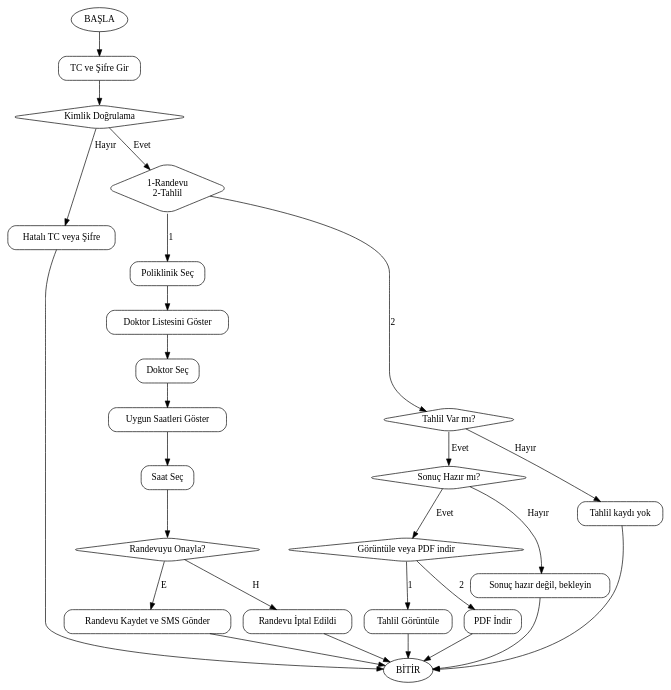
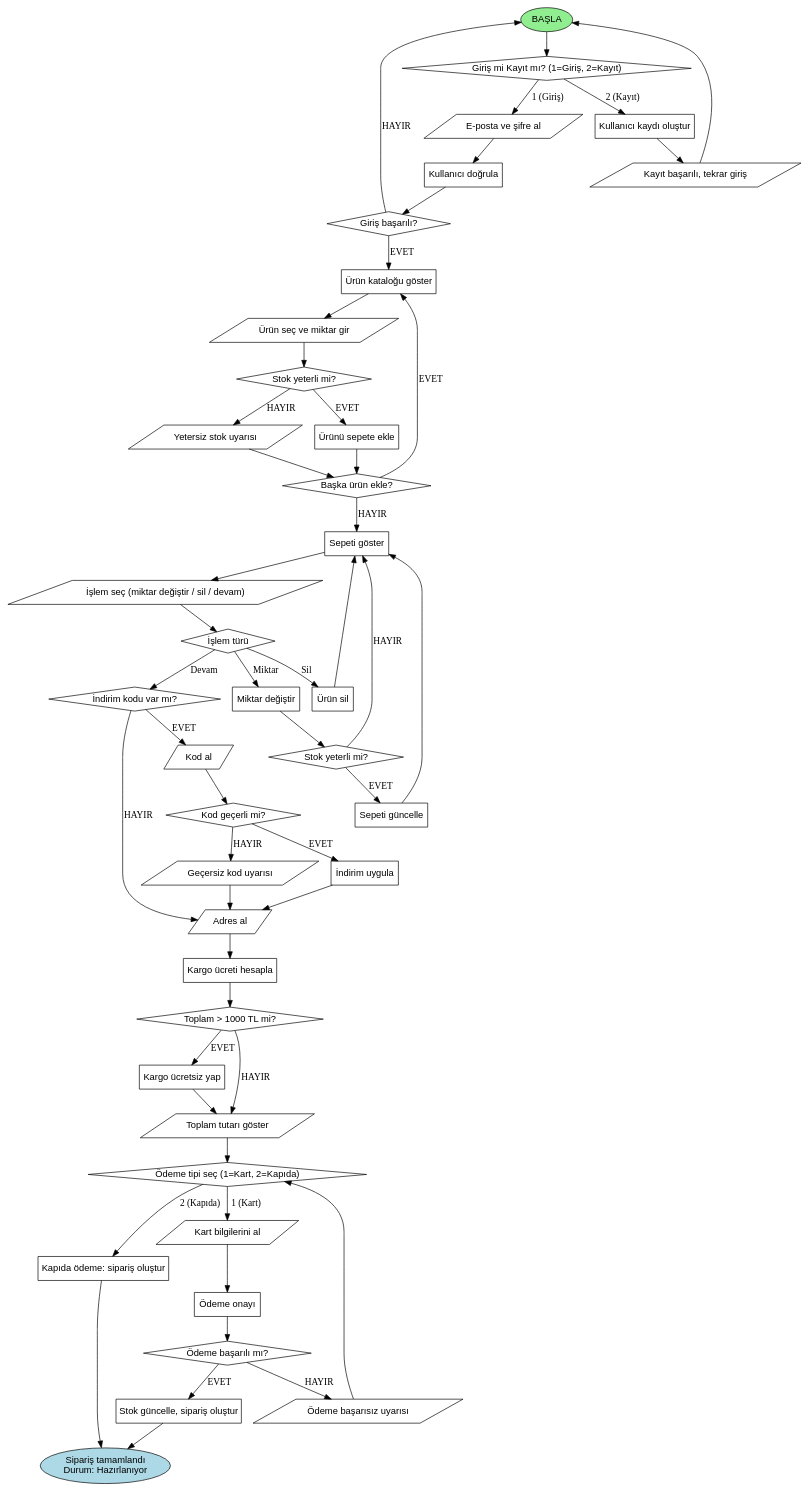
Before and after one commit to FiratUniversity-FerhatUcarsLAB/hafta-02-flowcharts-ezgiefsa: the diagram in TASK-2/flowcharts.dot, drawn with Graphviz.

```diff
--- a/TASK-2/flowcharts.dot
+++ b/TASK-2/flowcharts.dot
@@ -1,63 +1,119 @@
-digraph HastaneEntegreSistemi {
+
+
+digraph E_Ticaret_Sistemi {
     rankdir=TB;
-    node [shape=box, style=rounded];
+    node [fontname="Arial"];
 
-    BAŞLA [label="BAŞLA", shape=oval];
-    KIMLIK [label="TC ve Şifre Gir"];
-    KIMLIK_KONTROL [label="Kimlik Doğrulama", shape=diamond];
-    HATALI [label="Hatalı TC veya Şifre", shape=box];
-    ISLEM_SECIM [label="1-Randevu\n2-Tahlil", shape=diamond];
+    basla [label="BAŞLA", shape=oval, style=filled, fillcolor=lightgreen];
 
-    // Randevu adımları
-    POLIKLINIK_SEC [label="Poliklinik Seç"];
-    DOKTOR_LISTE [label="Doktor Listesini Göster"];
-    DOKTOR_SEC [label="Doktor Seç"];
-    SAAT_GOR [label="Uygun Saatleri Göster"];
-    SAAT_SEC [label="Saat Seç"];
-    RANDEVU_ONAY [label="Randevuyu Onayla?", shape=diamond];
-    RANDEVU_KAYIT [label="Randevu Kaydet ve SMS Gönder"];
-    RANDEVU_IPTAL [label="Randevu İptal Edildi"];
+    // 1. Kullanıcı Girişi
+    g1 [label="Giriş mi Kayıt mı? (1=Giriş, 2=Kayıt)", shape=diamond];
+    g2 [label="E-posta ve şifre al", shape=parallelogram];
+    g3 [label="Kullanıcı doğrula", shape=box];
+    g4 [label="Giriş başarılı?", shape=diamond];
+    g5 [label="Kullanıcı kaydı oluştur", shape=box];
+    g6 [label="Kayıt başarılı, tekrar giriş", shape=parallelogram];
 
-    // Tahlil adımları
-    TAHLIL_VAR [label="Tahlil Var mı?", shape=diamond];
-    SONUC_HAZIR [label="Sonuç Hazır mı?", shape=diamond];
-    GORUNTULE_INDİR [label="Görüntüle veya PDF indir", shape=diamond];
-    GORUNTULE [label="Tahlil Görüntüle"];
-    PDF_INDİR [label="PDF İndir"];
-    BEKLE [label="Sonuç hazır değil, bekleyin"];
-    TAHLIL_YOK [label="Tahlil kaydı yok"];
+    // 2. Ürün Seçimi
+    u1 [label="Ürün kataloğu göster", shape=box];
+    u2 [label="Ürün seç ve miktar gir", shape=parallelogram];
+    u3 [label="Stok yeterli mi?", shape=diamond];
+    u4 [label="Ürünü sepete ekle", shape=box];
+    u5 [label="Yetersiz stok uyarısı", shape=parallelogram];
+    u6 [label="Başka ürün ekle?", shape=diamond];
 
-    BITIR [label="BİTİR", shape=oval];
+    // 3. Sepet Yönetimi
+    s1 [label="Sepeti göster", shape=box];
+    s2 [label="İşlem seç (miktar değiştir / sil / devam)", shape=parallelogram];
+    s3 [label="İşlem türü", shape=diamond];
+    s4 [label="Miktar değiştir", shape=box];
+    s5 [label="Ürün sil", shape=box];
+    s6 [label="Sepeti güncelle", shape=box];
+    s7 [label="Stok yeterli mi?", shape=diamond];
 
-    // Akış bağlantıları
-    BAŞLA -> KIMLIK;
-    KIMLIK -> KIMLIK_KONTROL;
-    KIMLIK_KONTROL -> ISLEM_SECIM [label="Evet"];
-    KIMLIK_KONTROL -> HATALI [label="Hayır"];
-    HATALI -> BITIR;
+    // 4. İndirim Kodu
+    i1 [label="İndirim kodu var mı?", shape=diamond];
+    i2 [label="Kod al", shape=parallelogram];
+    i3 [label="Kod geçerli mi?", shape=diamond];
+    i4 [label="İndirim uygula", shape=box];
+    i5 [label="Geçersiz kod uyarısı", shape=parallelogram];
 
-    // Randevu akışı
-    ISLEM_SECIM -> POLIKLINIK_SEC [label="1"];
-    POLIKLINIK_SEC -> DOKTOR_LISTE;
-    DOKTOR_LISTE -> DOKTOR_SEC;
-    DOKTOR_SEC -> SAAT_GOR;
-    SAAT_GOR -> SAAT_SEC;
-    SAAT_SEC -> RANDEVU_ONAY;
-    RANDEVU_ONAY -> RANDEVU_KAYIT [label="E"];
-    RANDEVU_ONAY -> RANDEVU_IPTAL [label="H"];
-    RANDEVU_KAYIT -> BITIR;
-    RANDEVU_IPTAL -> BITIR;
+    // 5. Kargo
+    k1 [label="Adres al", shape=parallelogram];
+    k2 [label="Kargo ücreti hesapla", shape=box];
+    k3 [label="Toplam > 1000 TL mi?", shape=diamond];
+    k4 [label="Kargo ücretsiz yap", shape=box];
+    k5 [label="Toplam tutarı göster", shape=parallelogram];
 
-    // Tahlil akışı
-    ISLEM_SECIM -> TAHLIL_VAR [label="2"];
-    TAHLIL_VAR -> SONUC_HAZIR [label="Evet"];
-    TAHLIL_VAR -> TAHLIL_YOK [label="Hayır"];
-    TAHLIL_YOK -> BITIR;
-    SONUC_HAZIR -> GORUNTULE_INDİR [label="Evet"];
-    SONUC_HAZIR -> BEKLE [label="Hayır"];
-    BEKLE -> BITIR;
-    GORUNTULE_INDİR -> GORUNTULE [label="1"];
-    GORUNTULE_INDİR -> PDF_INDİR [label="2"];
-    GORUNTULE -> BITIR;
-    PDF_INDİR -> BITIR;
+    // 6. Ödeme
+    o1 [label="Ödeme tipi seç (1=Kart, 2=Kapıda)", shape=diamond];
+    o2 [label="Kart bilgilerini al", shape=parallelogram];
+    o3 [label="Ödeme onayı", shape=box];
+    o4 [label="Ödeme başarılı mı?", shape=diamond];
+    o5 [label="Stok güncelle, sipariş oluştur", shape=box];
+    o6 [label="Kapıda ödeme: sipariş oluştur", shape=box];
+    o7 [label="Ödeme başarısız uyarısı", shape=parallelogram];
+
+    // 7. Sipariş Sonu
+    son [label="Sipariş tamamlandı\nDurum: Hazırlanıyor", shape=oval, style=filled, fillcolor=lightblue];
+
+    // --- Bağlantılar ---
+    basla -> g1;
+
+    g1 -> g2 [label="1 (Giriş)"];
+    g1 -> g5 [label="2 (Kayıt)"];
+
+    g2 -> g3;
+    g3 -> g4;
+    g4 -> u1 [label="EVET"];
+    g4 -> basla [label="HAYIR"];
+
+    g5 -> g6;
+    g6 -> basla;
+
+    u1 -> u2;
+    u2 -> u3;
+    u3 -> u4 [label="EVET"];
+    u3 -> u5 [label="HAYIR"];
+    u4 -> u6;
+    u5 -> u6;
+    u6 -> u1 [label="EVET"];
+    u6 -> s1 [label="HAYIR"];
+
+    s1 -> s2;
+    s2 -> s3;
+    s3 -> s4 [label="Miktar"];
+    s3 -> s5 [label="Sil"];
+    s3 -> i1 [label="Devam"];
+
+    s4 -> s7;
+    s7 -> s6 [label="EVET"];
+    s7 -> s1 [label="HAYIR"];
+    s5 -> s1;
+    s6 -> s1;
+
+    i1 -> i2 [label="EVET"];
+    i1 -> k1 [label="HAYIR"];
+    i2 -> i3;
+    i3 -> i4 [label="EVET"];
+    i3 -> i5 [label="HAYIR"];
+    i4 -> k1;
+    i5 -> k1;
+
+    k1 -> k2;
+    k2 -> k3;
+    k3 -> k4 [label="EVET"];
+    k3 -> k5 [label="HAYIR"];
+    k4 -> k5;
+    k5 -> o1;
+
+    o1 -> o2 [label="1 (Kart)"];
+    o1 -> o6 [label="2 (Kapıda)"];
+    o2 -> o3;
+    o3 -> o4;
+    o4 -> o5 [label="EVET"];
+    o4 -> o7 [label="HAYIR"];
+    o7 -> o1;
+    o5 -> son;
+    o6 -> son;
 }
```
